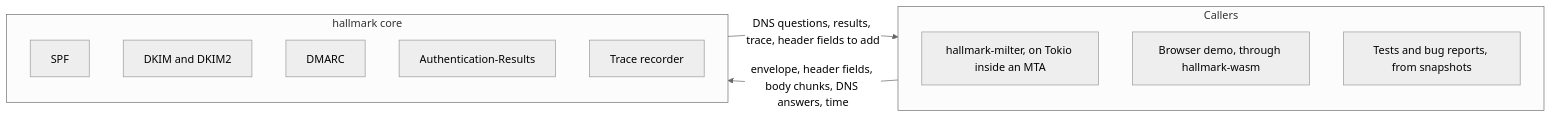
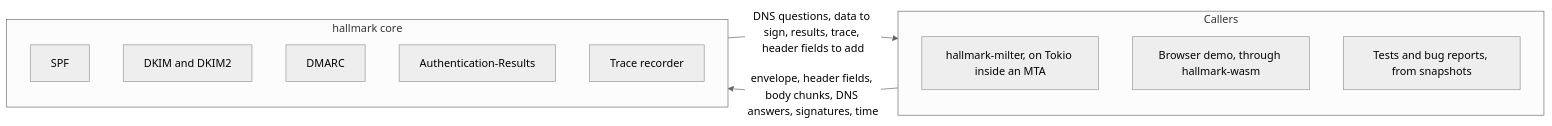
The first of 6 diagrams in docs/explanation/architecture.md (photom/hallmark), drawn with Mermaid (neutral theme) before and after one commit. The commit also changed other lines of this file and 23 other files, not shown here.

````diff
--- a/docs/explanation/architecture.md
+++ b/docs/explanation/architecture.md
@@ -7,17 +18,17 @@
 ```mermaid
 flowchart LR
     subgraph callers["Callers"]
         milter["hallmark-milter, on Tokio inside an MTA"]
         demo["Browser demo, through hallmark-wasm"]
         tests["Tests and bug reports, from snapshots"]
     end
     subgraph core["hallmark core"]
         spf["SPF"]
         dkim["DKIM and DKIM2"]
         dmarc["DMARC"]
         ar["Authentication-Results"]
         trace["Trace recorder"]
     end
-    callers -->|"envelope, header fields, body chunks, DNS answers, time"| core
-    core -->|"DNS questions, results, trace, header fields to add"| callers
+    callers -->|"envelope, header fields, body chunks, DNS answers, signatures, time"| core
+    core -->|"DNS questions, data to sign, results, trace, header fields to add"| callers
 ```
````
